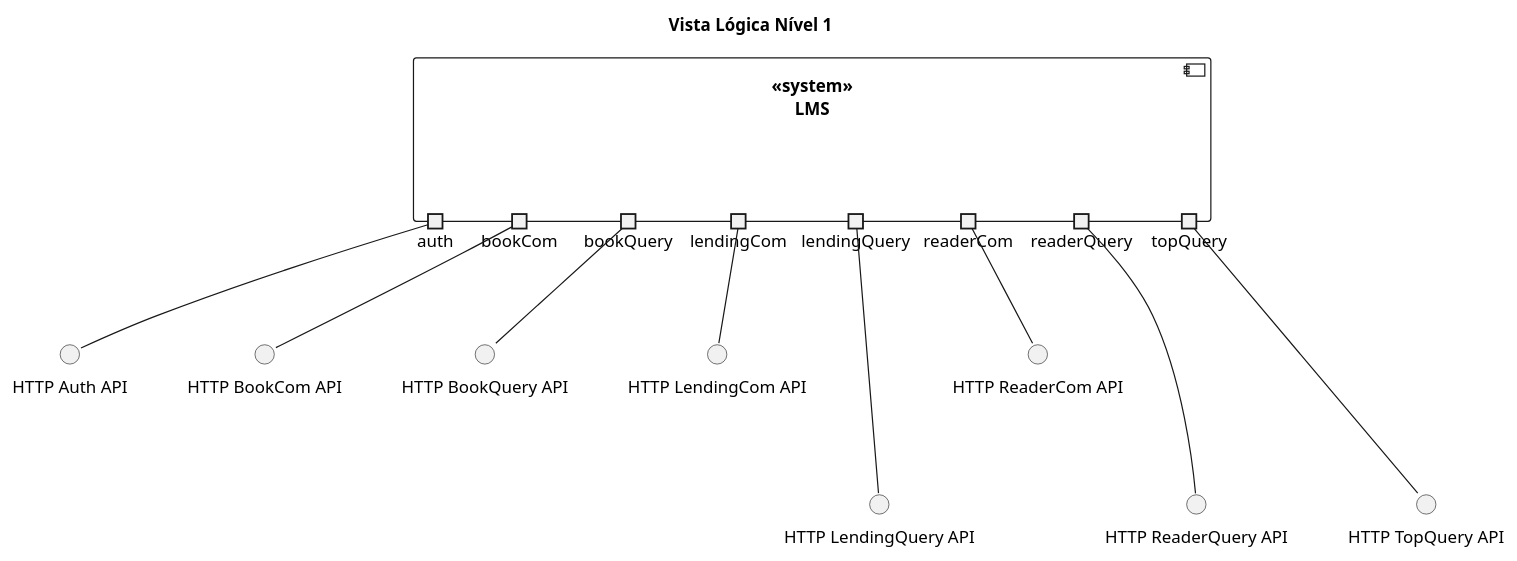
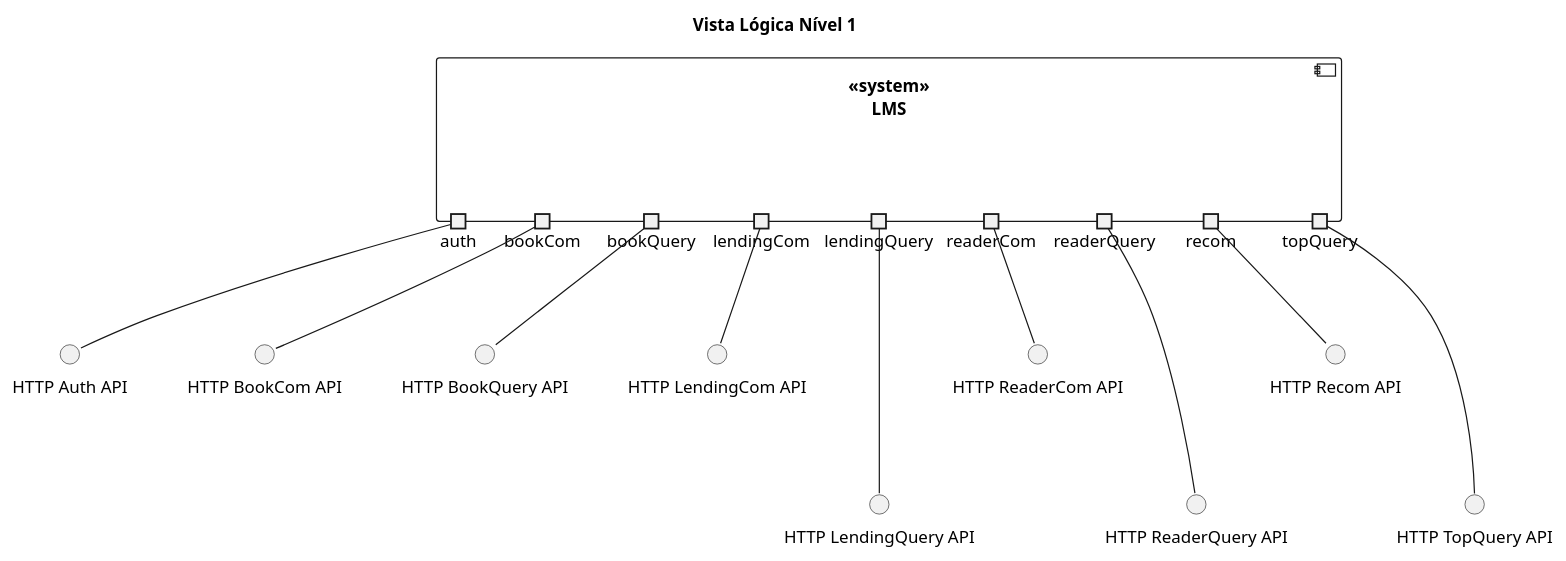
The diagram in Docs/Design/Entrega3/Vistas Lógicas/Nível 1/Nivel1.puml (GitHubCatarina/SIDIS), drawn with PlantUML before and after one commit. The commit also changed 10 other files, not shown here.

```diff
--- a/Docs/Design/Entrega3/Vistas Lógicas/Nível 1/Nivel1.puml
+++ b/Docs/Design/Entrega3/Vistas Lógicas/Nível 1/Nivel1.puml
@@ -1,37 +1,40 @@
 @startuml
 ' https://plantuml.com/class-diagram
 
 title Vista Lógica Nível 1
 
 component "<<system>>\nLMS" {
  portout auth as Pauth
  portout bookCom as PbookC
  portout bookQuery as PbookQ
  portout lendingCom as PlendingC
  portout lendingQuery as PlendingQ
  portout readerCom as PreaderC
  portout readerQuery as PreaderQ
+  portout recom as Precom
  portout topQuery as top
  }
 
 () "HTTP Auth API" as authapi
 () "HTTP BookCom API" as booksapic
 () "HTTP BookQuery API" as booksapiq
 () "HTTP LendingCom API" as lendingsapic
 () "HTTP LendingQuery API" as lendingsapiq
 () "HTTP ReaderCom API" as readersapic
 () "HTTP ReaderQuery API" as readersapiq
+() "HTTP Recom API" as recomapi
 () "HTTP TopQuery API" as  topapiq
 
 
 Pauth -- authapi
 PbookC -- booksapic
 PbookQ -- booksapiq
 PlendingC -- lendingsapic
 PlendingQ --- lendingsapiq
 PreaderC -- readersapic
 PreaderQ --- readersapiq
+Precom -- recomapi
 top --- topapiq
 
 
 @enduml
```
